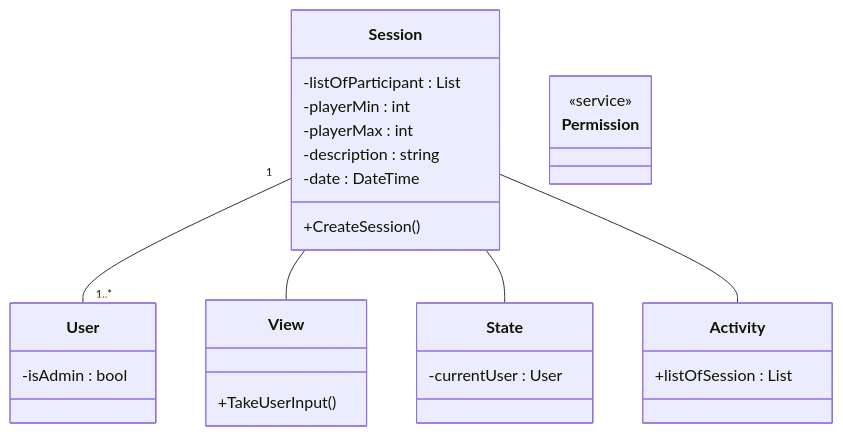
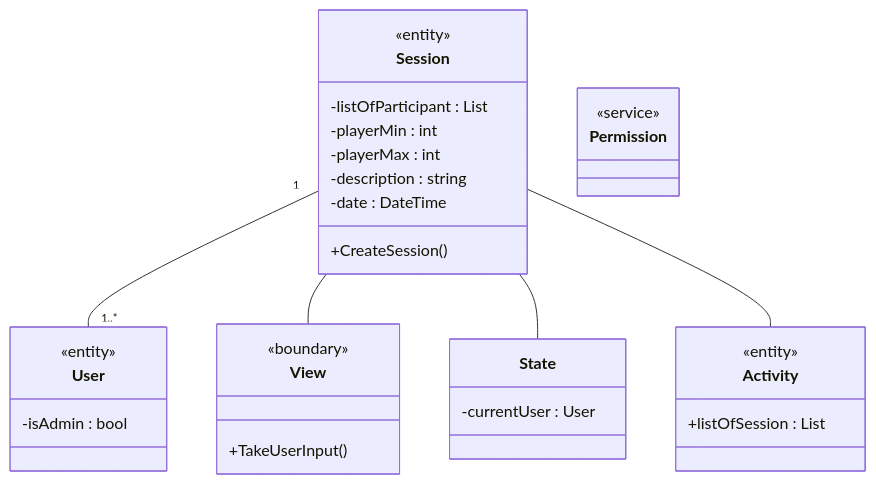
One commit to MatiasHeiberg/1.semesterprojekt changed the fourth of 4 diagrams in 02 notes/Klassediagram.md. Above: the diagram before and after it, drawn with Mermaid. The commit also changed other lines of this file and 5 other files, not shown here.

````diff
--- a/02 notes/Klassediagram.md
+++ b/02 notes/Klassediagram.md
@@ -129,41 +130,45 @@
 ```mermaid
 classDiagram
 
 %% Class definitions
 class Session {
+	<<entity>>
     -listOfParticipant : List<User>
 	-playerMin : int 
 	-playerMax : int
 	-description : string
 	-date : DateTime
 	
 	+CreateSession()
 	
 }
 class User {
+	<<entity>>
 	-isAdmin : bool
 	
 }
 class State {
 	-currentUser : User
 }
 %% Serviceklasse til at håndtere rettigheds kald i systemmet.
 class Permission {
 	<<service>>
 }
 
 class View {
+	<<boundary>> 
 	+TakeUserInput()
 }
 class Activity {
+	<<entity>>
 	+listOfSession : List<Session>
 }
 %% Class relationships
 Session "1" -- "1..*" User
 Session -- View
 Session -- State
 Session -- Activity
 
 
 
 ```
````
